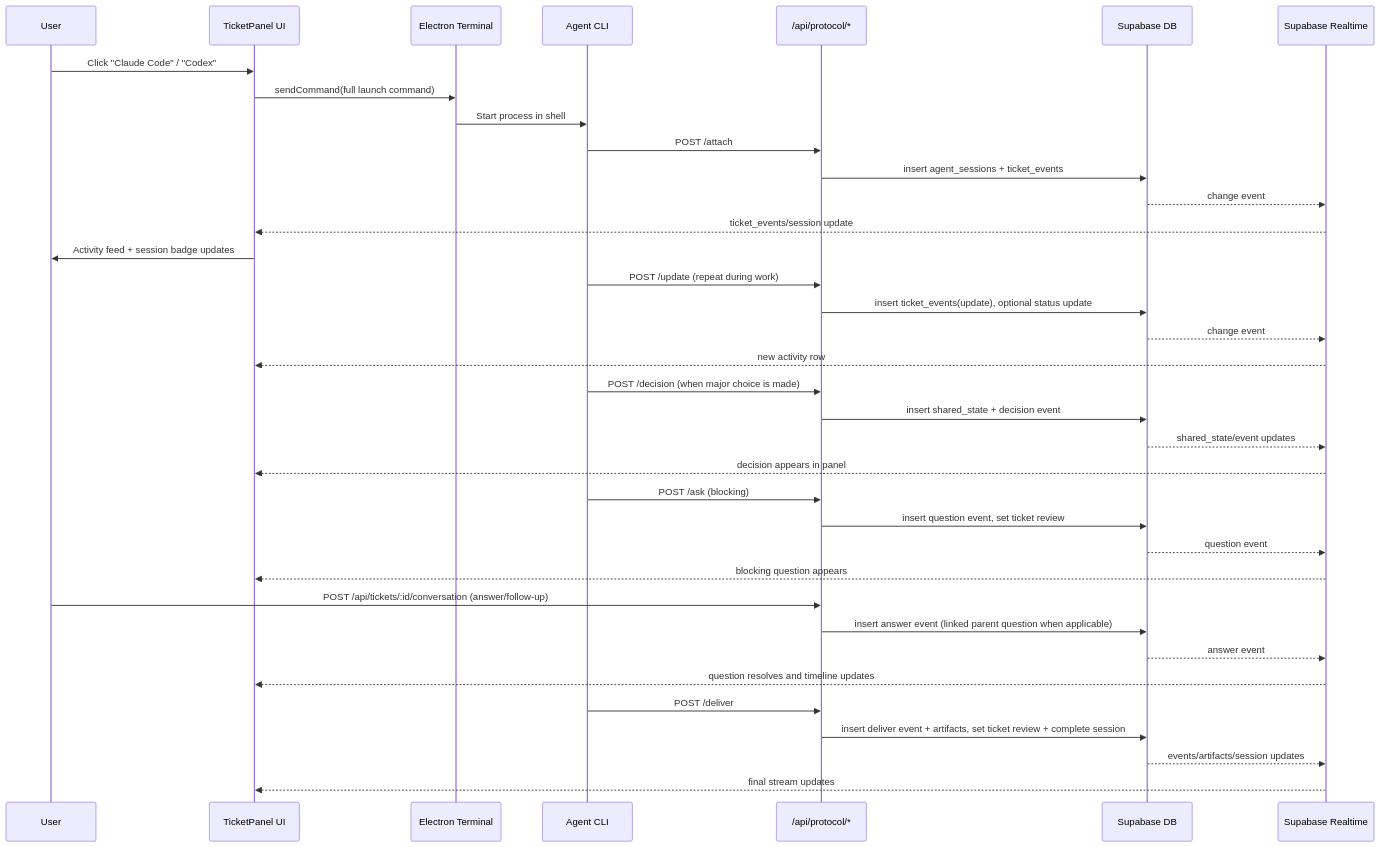
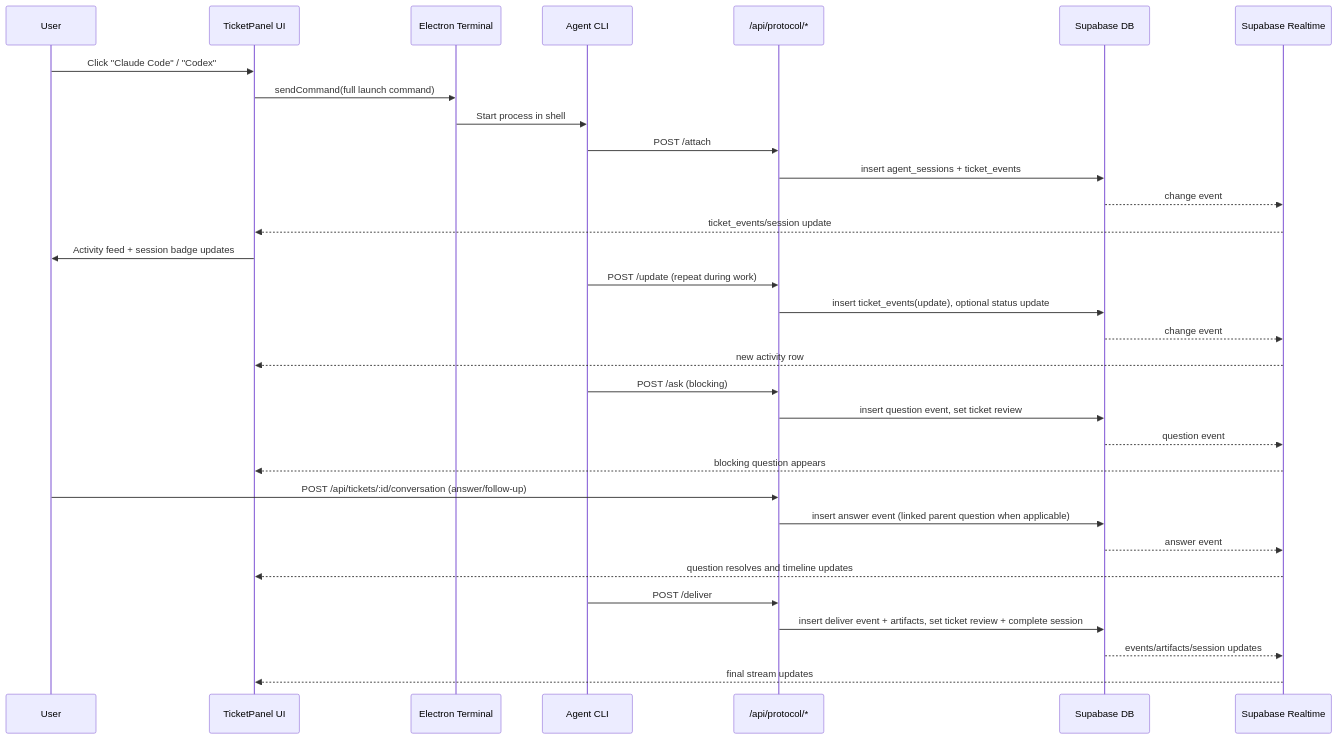
One commit to cooperativ-labs/Overlord changed the second of 2 diagrams in docs/terminal-task-submission-and-ticket-streaming.md. Above: the diagram before and after it, drawn with Mermaid. The commit also changed other lines of this file and 46 other files, not shown here.

````diff
--- a/docs/terminal-task-submission-and-ticket-streaming.md
+++ b/docs/terminal-task-submission-and-ticket-streaming.md
@@ -202,39 +200,35 @@
 ```mermaid
 sequenceDiagram
   participant U as User
   participant UI as TicketPanel UI
   participant EL as Electron Terminal
   participant AG as Agent CLI
   participant API as /api/protocol/*
   participant DB as Supabase DB
   participant RT as Supabase Realtime
 
   U->>UI: Click "Claude Code" / "Codex"
   UI->>EL: sendCommand(full launch command)
   EL->>AG: Start process in shell
   AG->>API: POST /attach
   API->>DB: insert agent_sessions + ticket_events
   DB-->>RT: change event
   RT-->>UI: ticket_events/session update
   UI->>U: Activity feed + session badge updates
   AG->>API: POST /update (repeat during work)
   API->>DB: insert ticket_events(update), optional status update
   DB-->>RT: change event
   RT-->>UI: new activity row
-  AG->>API: POST /decision (when major choice is made)
-  API->>DB: insert shared_state + decision event
-  DB-->>RT: shared_state/event updates
-  RT-->>UI: decision appears in panel
   AG->>API: POST /ask (blocking)
   API->>DB: insert question event, set ticket review
   DB-->>RT: question event
   RT-->>UI: blocking question appears
   U->>API: POST /api/tickets/:id/conversation (answer/follow-up)
   API->>DB: insert answer event (linked parent question when applicable)
   DB-->>RT: answer event
   RT-->>UI: question resolves and timeline updates
   AG->>API: POST /deliver
   API->>DB: insert deliver event + artifacts, set ticket review + complete session
   DB-->>RT: events/artifacts/session updates
   RT-->>UI: final stream updates
 ```
````
